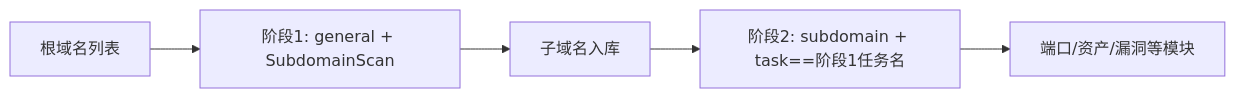
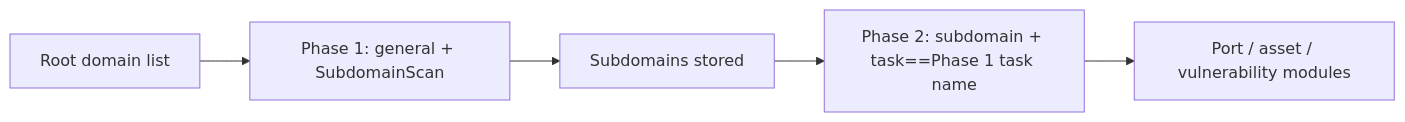
Before and after one commit to kienzx203/k1nzr3c0n-go: the diagram in skills/scopesentry/SKILL.md, drawn with Mermaid. The commit also changed other lines of this file and 278 other files, not shown here.

````diff
--- a/skills/scopesentry/SKILL.md
+++ b/skills/scopesentry/SKILL.md
@@ -164,7 +164,7 @@
 ```mermaid
 flowchart LR
-  A[根域名列表] --> B[阶段1: general + SubdomainScan]
-  B --> C[子域名入库]
-  C --> D[阶段2: subdomain + task==阶段1任务名]
-  D --> E[端口/资产/漏洞等模块]
+  A[Root domain list] --> B[Phase 1: general + SubdomainScan]
+  B --> C[Subdomains stored]
+  C --> D[Phase 2: subdomain + task==Phase 1 task name]
+  D --> E[Port / asset / vulnerability modules]
 ```
````
